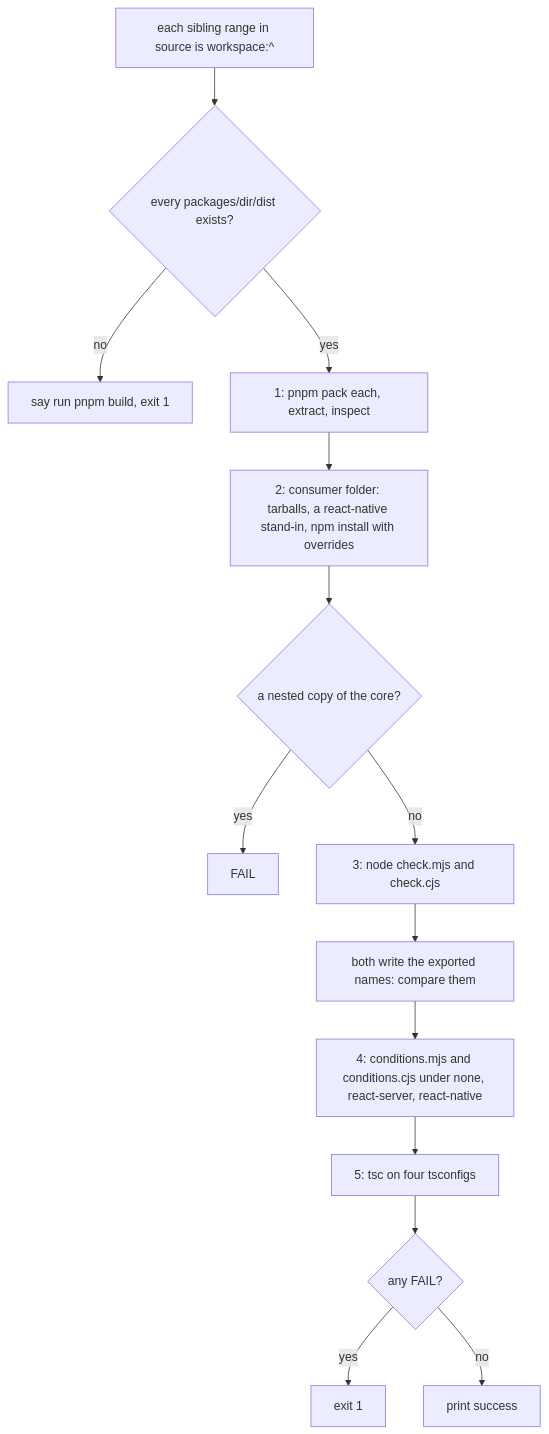
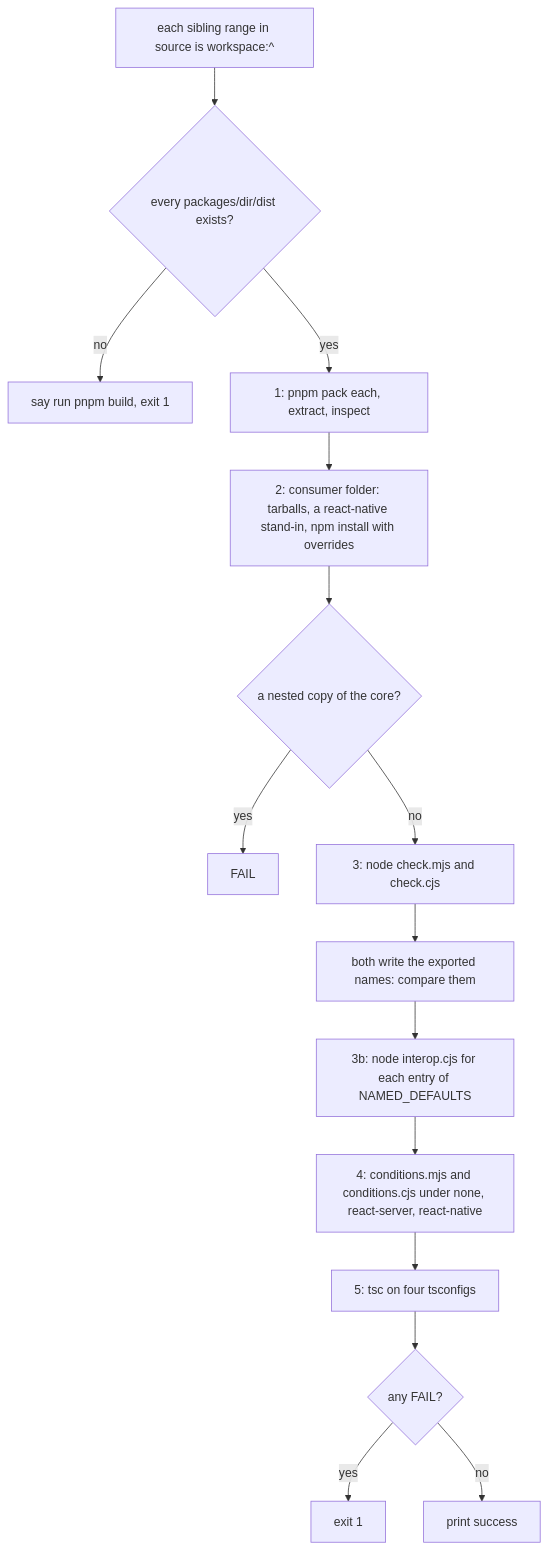
The diagram in scripts/smoke-packed.md (soroush-tech/umber-style), drawn with Mermaid before and after one commit. The commit also changed other lines of this file and 23 other files, not shown here.

````diff
--- a/scripts/smoke-packed.md
+++ b/scripts/smoke-packed.md
@@ -23,16 +25,17 @@
 ```mermaid
 flowchart TD
   s0["each sibling range in source is workspace:^"] --> dist{"every packages/dir/dist exists?"}
   dist -->|no| stop["say run pnpm build, exit 1"]
   dist -->|yes| s1["1: pnpm pack each, extract, inspect"]
   s1 --> s2["2: consumer folder: tarballs, a react-native stand-in, npm install with overrides"]
   s2 --> one{"a nested copy of the core?"}
   one -->|yes| f1["FAIL"]
   one -->|no| s3["3: node check.mjs and check.cjs"]
   s3 --> keys["both write the exported names: compare them"]
-  keys --> s4["4: conditions.mjs and conditions.cjs under none, react-server, react-native"]
+  keys --> s3b["3b: node interop.cjs for each entry of NAMED_DEFAULTS"]
+  s3b --> s4["4: conditions.mjs and conditions.cjs under none, react-server, react-native"]
   s4 --> s5["5: tsc on four tsconfigs"]
   s5 --> end1{"any FAIL?"}
   end1 -->|yes| exit1["exit 1"]
   end1 -->|no| done["print success"]
 ```
````
